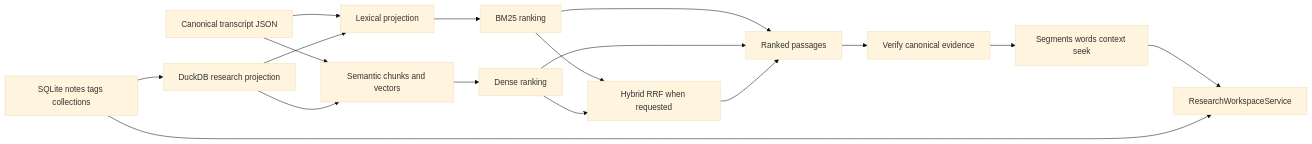
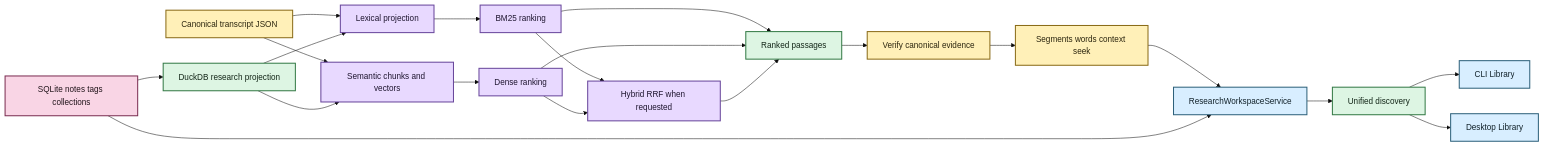
One commit to SSD1805/EchoFlow changed the first of 2 diagrams in docs/architecture/corpus-search.md. Above: the diagram before and after it, drawn with Mermaid (base theme). The commit also changed other lines of this file and 29 other files, not shown here.

Commit message:
docs: restore Mermaid styling and refresh current product truth

````diff
--- a/docs/architecture/corpus-search.md
+++ b/docs/architecture/corpus-search.md
@@ -29,19 +30,34 @@
 ```mermaid
-graph LR;
+flowchart LR
     A[Canonical transcript JSON] --> B[Lexical projection]
     A --> C[Semantic chunks and vectors]
     B --> D[BM25 ranking]
     C --> E[Dense ranking]
     D --> F[Hybrid RRF when requested]
     E --> F
     D --> G[Ranked passages]
     E --> G
     F --> G
     G --> H[Verify canonical evidence]
     H --> I[Segments words context seek]
     J[SQLite notes tags collections] --> K[DuckDB research projection]
     K --> B
     K --> C
     I --> L[ResearchWorkspaceService]
     J --> L
+    L --> M[Unified discovery]
+    M --> N[CLI Library]
+    M --> O[Desktop Library]
+
+    classDef source fill:#F9D5E5,stroke:#7B2E52,stroke-width:2px,color:#22151B
+    classDef process fill:#E8D9FF,stroke:#68469B,stroke-width:2px,color:#1F1630
+    classDef evidence fill:#FFF0B8,stroke:#8A6B18,stroke-width:2px,color:#2C260F
+    classDef view fill:#DDF5E3,stroke:#347A46,stroke-width:2px,color:#142719
+    classDef inspect fill:#D8EEFF,stroke:#2E617B,stroke-width:2px,color:#12222A
+
+    class A,H,I evidence
+    class B,C,D,E,F process
+    class G,K,M view
+    class J source
+    class L,N,O inspect
 ```
````
